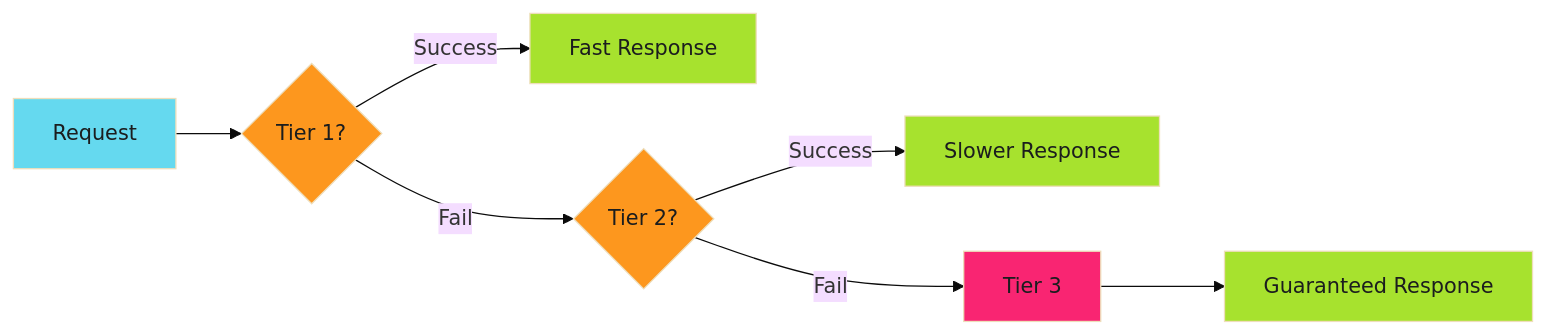
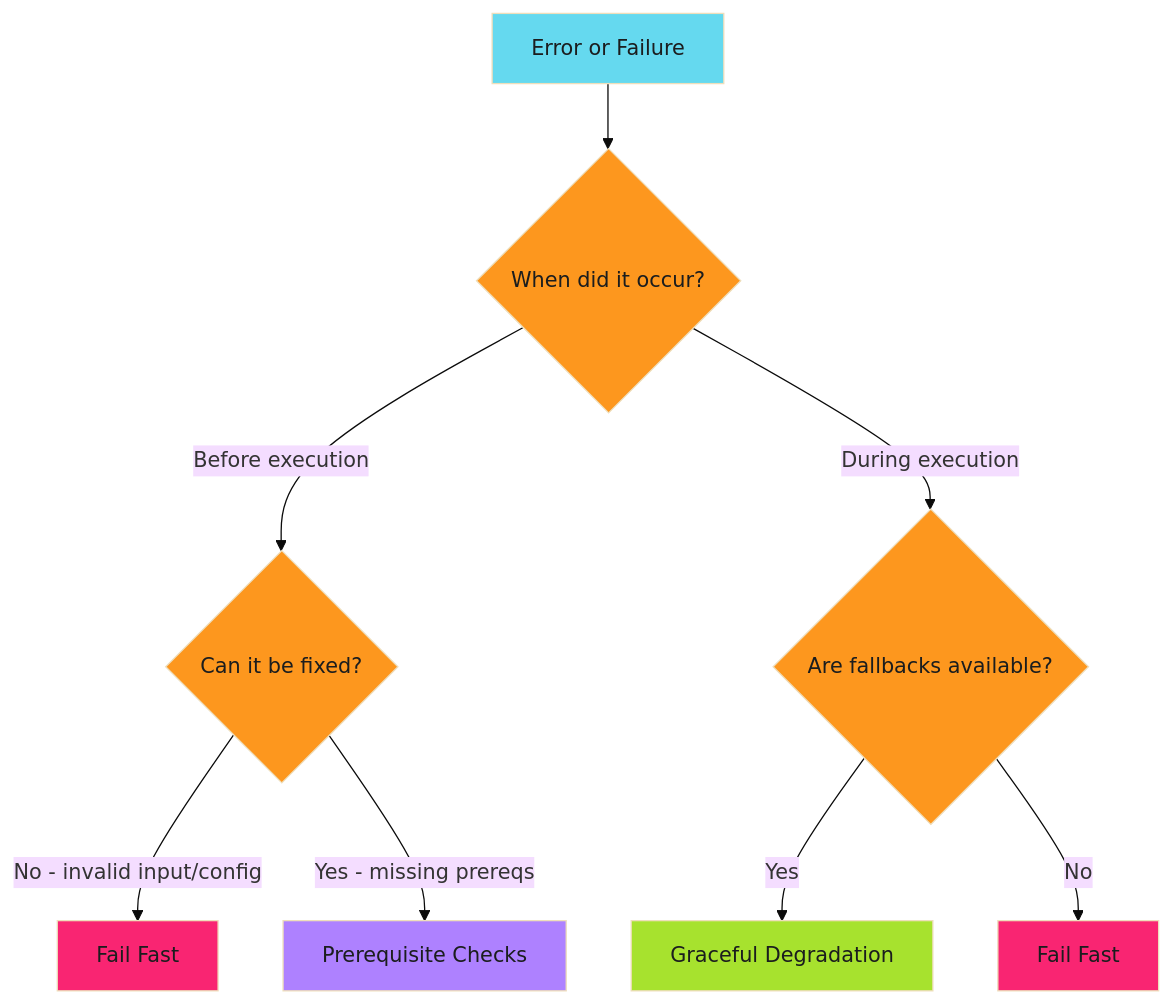
Before and after one commit to adaptive-enforcement-lab/adaptive-enforcement-lab-com: the diagram in docs/developer-guide/engineering-practices/principles/index.md, drawn with Mermaid (base theme). The commit also changed other lines of this file and 4 other files, not shown here.

````diff
--- a/docs/developer-guide/engineering-practices/principles/index.md
+++ b/docs/developer-guide/engineering-practices/principles/index.md
@@ -27,17 +11,26 @@
 ```mermaid
-flowchart LR
-    A[Request] --> B{Tier 1?}
-    B -->|Success| C[Fast Response]
-    B -->|Fail| D{Tier 2?}
-    D -->|Success| E[Slower Response]
-    D -->|Fail| F[Tier 3]
-    F --> G[Guaranteed Response]
+flowchart TD
+    A[Error or Failure] --> B{When did it occur?}
+
+    B -->|Before execution| C{Can it be fixed?}
+    B -->|During execution| D{Are fallbacks available?}
+
+    C -->|No - invalid input/config| E[Fail Fast]
+    C -->|Yes - missing prereqs| F[Prerequisite Checks]
+
+    D -->|Yes| G[Graceful Degradation]
+    D -->|No| H[Fail Fast]
+
+    click E "../../patterns/fail-fast/" "Fail Fast Pattern"
+    click F "../../patterns/prerequisite-checks/" "Prerequisite Checks Pattern"
+    click G "../../patterns/graceful-degradation/" "Graceful Degradation Pattern"
 
     style A fill:#65d9ef,color:#1b1d1e
     style B fill:#fd971e,color:#1b1d1e
-    style C fill:#a7e22e,color:#1b1d1e
+    style C fill:#fd971e,color:#1b1d1e
     style D fill:#fd971e,color:#1b1d1e
-    style E fill:#a7e22e,color:#1b1d1e
-    style F fill:#f92572,color:#1b1d1e
+    style E fill:#f92572,color:#1b1d1e
+    style F fill:#ae81ff,color:#1b1d1e
     style G fill:#a7e22e,color:#1b1d1e
+    style H fill:#f92572,color:#1b1d1e
 ```
````
